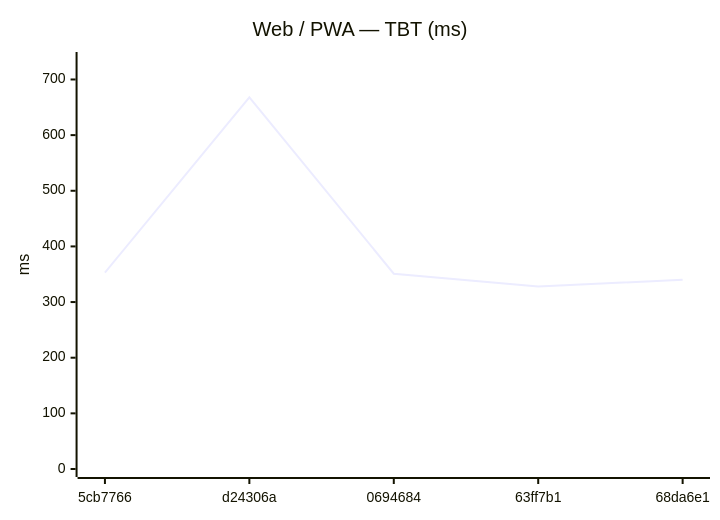
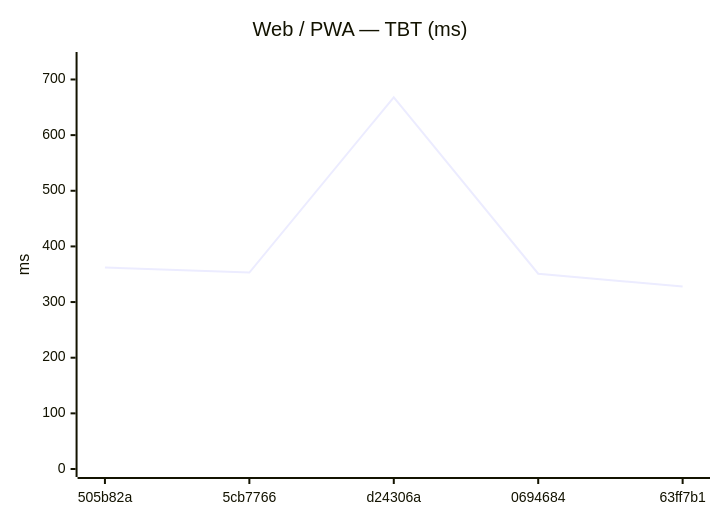
The eighth of 18 diagrams in benchmarks/compare.md (Metaheurist/Rianell), drawn with Mermaid before and after one commit. The commit also changed other lines of this file and 11 other files, not shown here.

````diff
--- a/benchmarks/compare.md
+++ b/benchmarks/compare.md
@@ -124,7 +124,7 @@
 ```mermaid
 xychart-beta
     title "Web / PWA — TBT (ms)"
-    x-axis ["5cb7766", "d24306a", "0694684", "63ff7b1", "68da6e1"]
+    x-axis ["505b82a", "5cb7766", "d24306a", "0694684", "63ff7b1"]
     y-axis "ms" 0 --> 735
-    line [353, 668, 351, 328, 340]
+    line [362, 353, 668, 351, 328]
 ```
````
